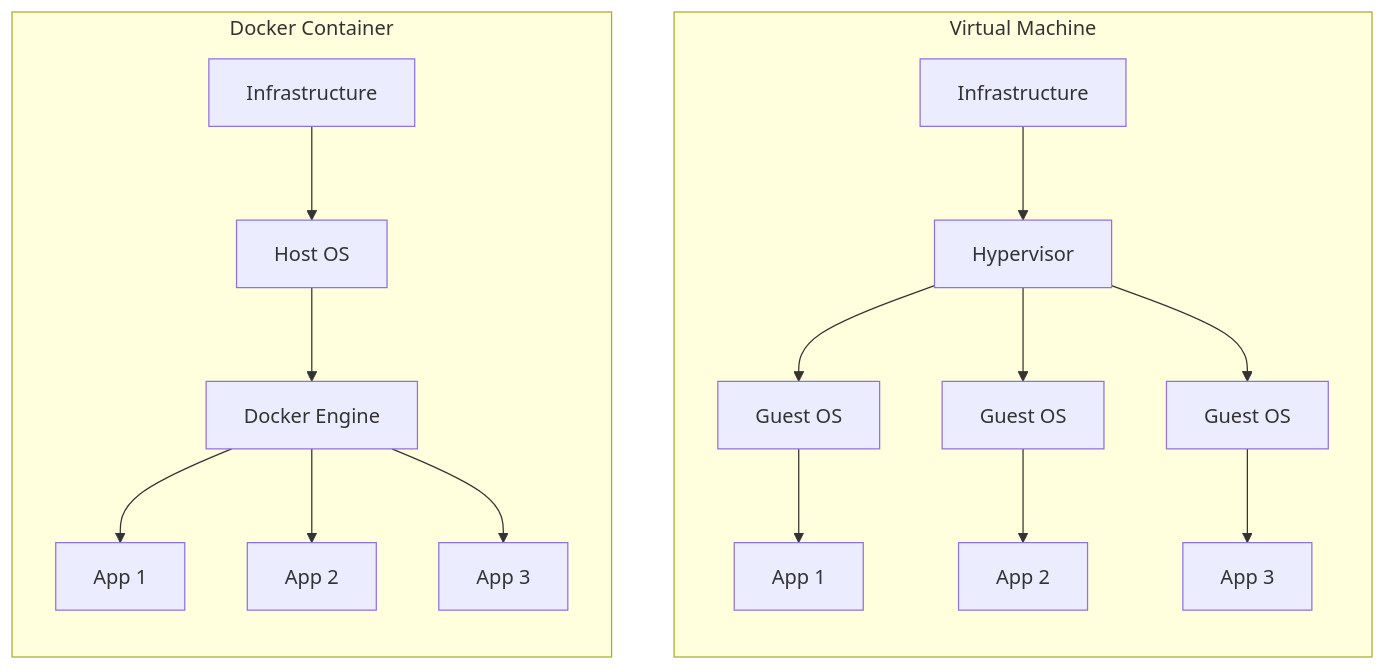
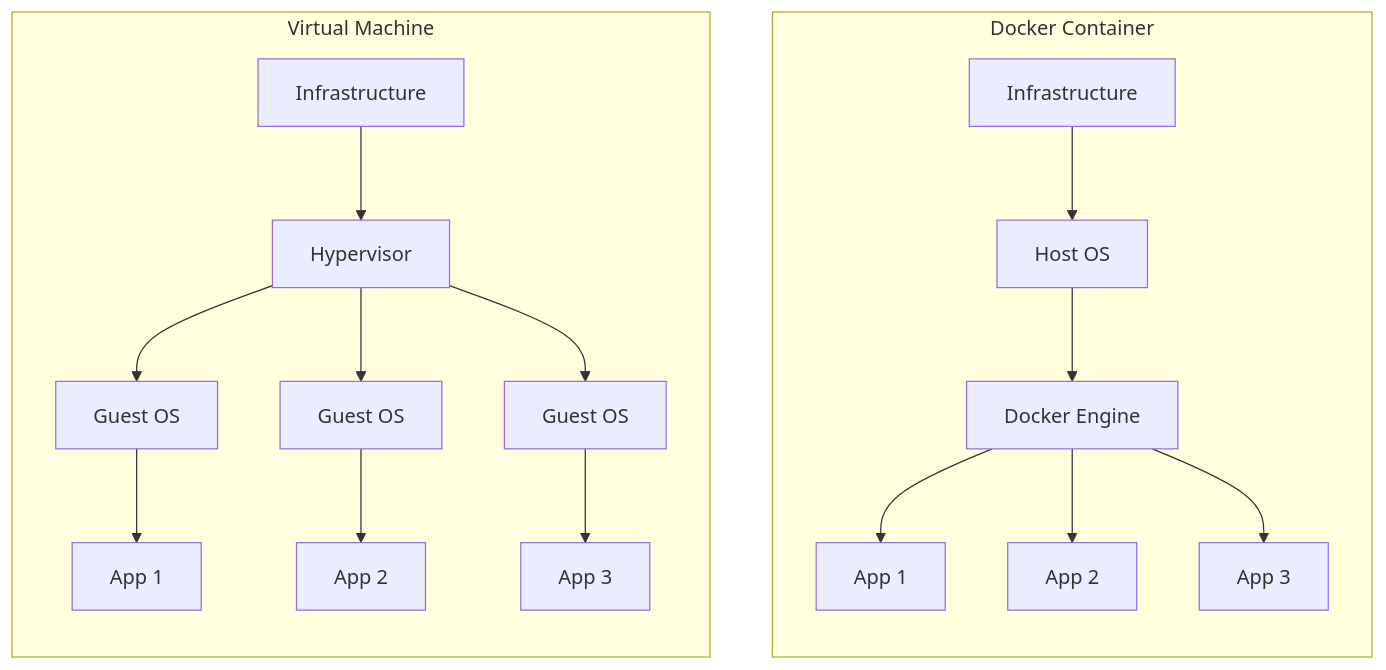
One commit to yadakrishna245/docker-complete-guide changed the second of 11 diagrams in README.md. Above: the diagram before and after it, drawn with Mermaid. The commit also changed other lines of this file, not shown here.

Commit message:
Fix broken image: replace with Mermaid diagram, remove duplicate

````diff
--- a/README.md
+++ b/README.md
@@ -86,17 +73,17 @@
 ```mermaid
 graph TB
+    subgraph Docker["Docker Container"]
+        direction TB
+        D_Infra[Infrastructure] --> D_OS[Host OS] --> D_Docker[Docker Engine]
+        D_Docker --> D_App1[App 1]
+        D_Docker --> D_App2[App 2]
+        D_Docker --> D_App3[App 3]
+    end
     subgraph VM["Virtual Machine"]
         direction TB
         VM_Infra[Infrastructure] --> VM_Hyp[Hypervisor]
         VM_Hyp --> VM_OS1[Guest OS] --> VM_App1[App 1]
         VM_Hyp --> VM_OS2[Guest OS] --> VM_App2[App 2]
         VM_Hyp --> VM_OS3[Guest OS] --> VM_App3[App 3]
     end
-    subgraph Docker["Docker Container"]
-        direction TB
-        D_Infra[Infrastructure] --> D_OS[Host OS] --> D_Docker[Docker Engine]
-        D_Docker --> D_App1[App 1]
-        D_Docker --> D_App2[App 2]
-        D_Docker --> D_App3[App 3]
-    end
 ```
````
